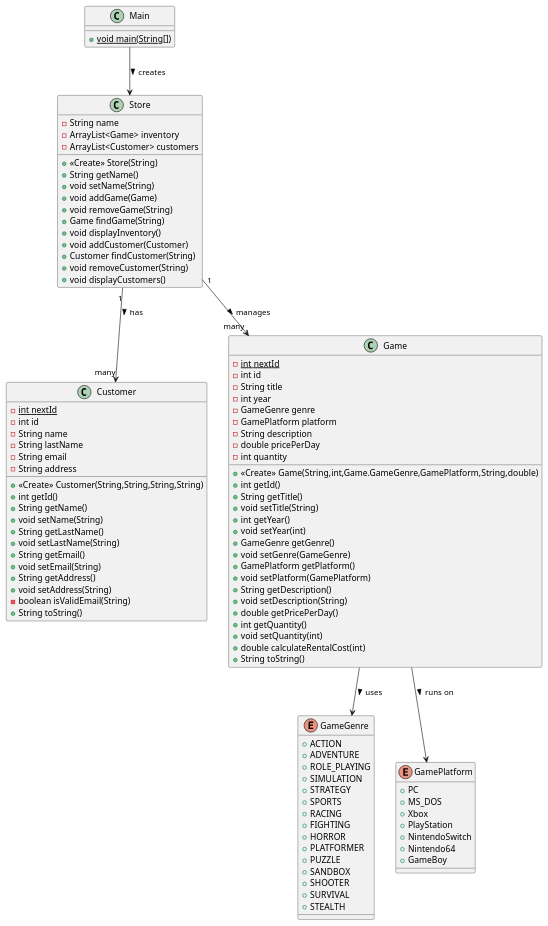
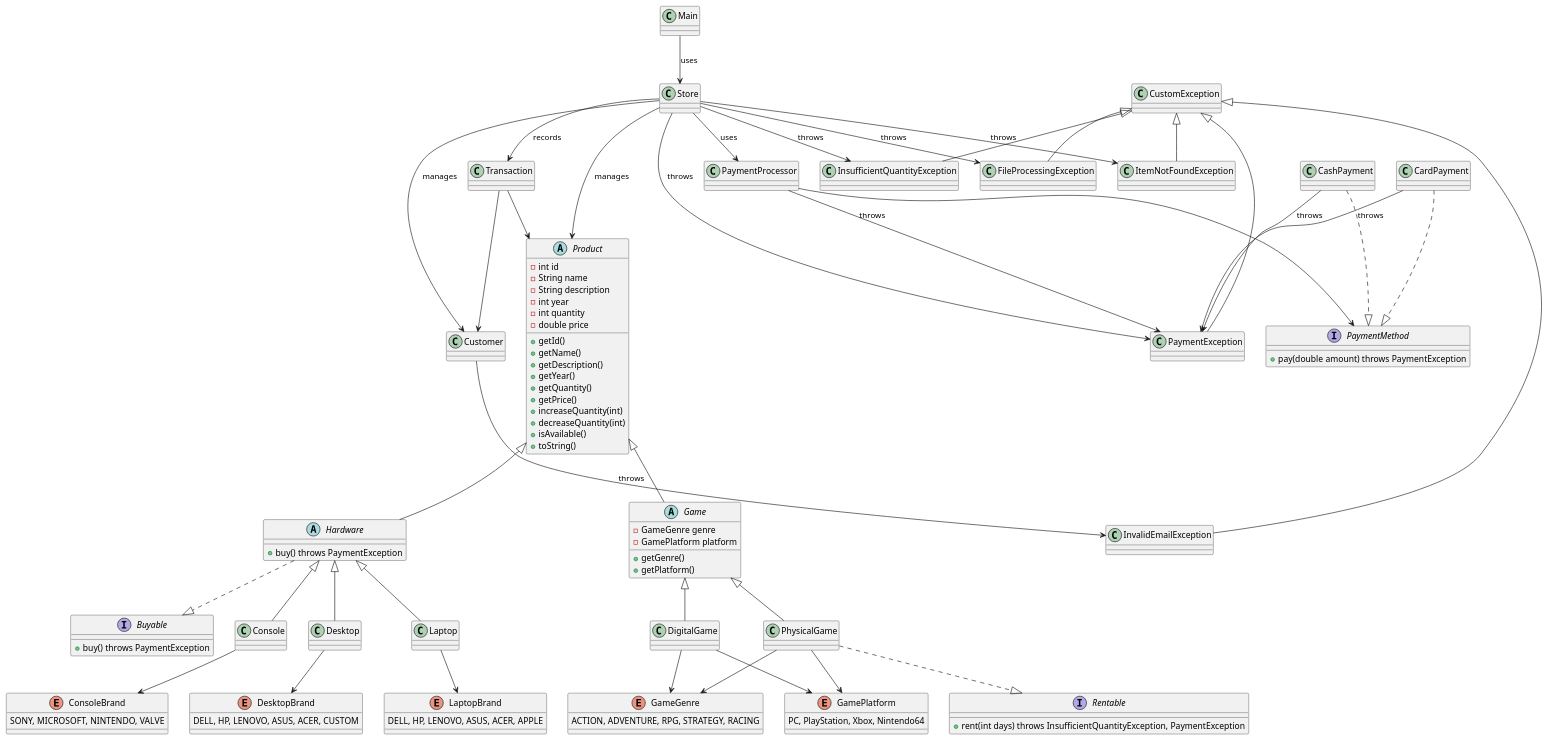
The diagram in documentation/PlayOps.puml (Blevis/PlayOps), drawn with PlantUML before and after one commit. The commit also changed 10 other files, not shown here.

Commit message:
documentation and UML

```diff
--- a/documentation/PlayOps.puml
+++ b/documentation/PlayOps.puml
@@ -1,111 +1,149 @@
 @startuml
-class Customer {
-- {static} int nextId
-- int id
-- String name
-- String lastName
-- String email
-- String address
-+ <<Create>> Customer(String,String,String,String)
-+ int getId()
-+ String getName()
-+ void setName(String)
-+ String getLastName()
-+ void setLastName(String)
-+ String getEmail()
-+ void setEmail(String)
-+ String getAddress()
-+ void setAddress(String)
-- boolean isValidEmail(String)
-+ String toString()
+' ------------------------
+' Abstract Classes
+' ------------------------
+abstract class Product {
+    - int id
+    - String name
+    - String description
+    - int year
+    - int quantity
+    - double price
+    + getId()
+    + getName()
+    + getDescription()
+    + getYear()
+    + getQuantity()
+    + getPrice()
+    + increaseQuantity(int)
+    + decreaseQuantity(int)
+    + isAvailable()
+    + toString()
 }
 
-
-class Main {
-+ {static} void main(String[])
+abstract class Game {
+    - GameGenre genre
+    - GamePlatform platform
+    + getGenre()
+    + getPlatform()
 }
 
-class Store {
-- String name
-- ArrayList<Game> inventory
-- ArrayList<Customer> customers
-+ <<Create>> Store(String)
-+ String getName()
-+ void setName(String)
-+ void addGame(Game)
-+ void removeGame(String)
-+ Game findGame(String)
-+ void displayInventory()
-+ void addCustomer(Customer)
-+ Customer findCustomer(String)
-+ void removeCustomer(String)
-+ void displayCustomers()
+abstract class Hardware {
+    + buy() throws PaymentException
 }
 
-
-class Game {
-- {static} int nextId
-- int id
-- String title
-- int year
-- GameGenre genre
-- GamePlatform platform
-- String description
-- double pricePerDay
-- int quantity
-+ <<Create>> Game(String,int,Game.GameGenre,GamePlatform,String,double)
-+ int getId()
-+ String getTitle()
-+ void setTitle(String)
-+ int getYear()
-+ void setYear(int)
-+ GameGenre getGenre()
-+ void setGenre(GameGenre)
-+ GamePlatform getPlatform()
-+ void setPlatform(GamePlatform)
-+ String getDescription()
-+ void setDescription(String)
-+ double getPricePerDay()
-+ int getQuantity()
-+ void setQuantity(int)
-+ double calculateRentalCost(int)
-+ String toString()
+' ------------------------
+' Interfaces
+' ------------------------
+interface Buyable {
+    + buy() throws PaymentException
 }
 
-
-enum GameGenre {
-+  ACTION
-+  ADVENTURE
-+  ROLE_PLAYING
-+  SIMULATION
-+  STRATEGY
-+  SPORTS
-+  RACING
-+  FIGHTING
-+  HORROR
-+  PLATFORMER
-+  PUZZLE
-+  SANDBOX
-+  SHOOTER
-+  SURVIVAL
-+  STEALTH
+interface Rentable {
+    + rent(int days) throws InsufficientQuantityException, PaymentException
 }
 
-enum GamePlatform {
-+  PC
-+  MS_DOS
-+  Xbox
-+  PlayStation
-+  NintendoSwitch
-+  Nintendo64
-+  GameBoy
+interface PaymentMethod {
+    + pay(double amount) throws PaymentException
 }
 
-Store "1" --> "many" Customer : has >
-Store "1" --> "many" Game : manages >
-Game --> GameGenre : uses >
-Game --> GamePlatform : runs on >
-Main --> Store : creates >
+' ------------------------
+' Enums
+' ------------------------
+enum GameGenre{
+ACTION, ADVENTURE, RPG, STRATEGY, RACING
+}
+enum GamePlatform{
+PC, PlayStation, Xbox, Nintendo64
+}
+enum ConsoleBrand{
+SONY, MICROSOFT, NINTENDO, VALVE
+}
+enum DesktopBrand{
+DELL, HP, LENOVO, ASUS, ACER, CUSTOM
+}
+enum LaptopBrand{
+DELL, HP, LENOVO, ASUS, ACER, APPLE
+}
 
+' ------------------------
+' Exceptions
+' ------------------------
+class CustomException
+class FileProcessingException
+class InsufficientQuantityException
+class ItemNotFoundException
+class PaymentException
+
+' ------------------------
+' Concrete Classes
+' ------------------------
+class DigitalGame
+class PhysicalGame
+class Console
+class Desktop
+class Laptop
+class Customer
+class Transaction
+class Store
+class Main
+
+class CardPayment
+class CashPayment
+class PaymentProcessor
+
+' ------------------------
+' Inheritance / Implementation
+' ------------------------
+Product <|-- Game
+Product <|-- Hardware
+
+Game <|-- DigitalGame
+Game <|-- PhysicalGame
+Hardware <|-- Console
+Hardware <|-- Desktop
+Hardware <|-- Laptop
+
+Hardware ..|> Buyable
+PhysicalGame ..|> Rentable
+CardPayment ..|> PaymentMethod
+CashPayment ..|> PaymentMethod
+
+' ------------------------
+' Dependencies / Uses
+' ------------------------
+Store --> Product : manages
+Store --> Customer : manages
+Store --> Transaction : records
+Store --> PaymentProcessor : uses
+Store --> PaymentException : throws
+Store --> ItemNotFoundException : throws
+Store --> FileProcessingException : throws
+Store --> InsufficientQuantityException : throws
+
+Customer --> InvalidEmailException : throws
+Transaction --> Product
+Transaction --> Customer
+
+DigitalGame --> GameGenre
+DigitalGame --> GamePlatform
+PhysicalGame --> GameGenre
+PhysicalGame --> GamePlatform
+Console --> ConsoleBrand
+Desktop --> DesktopBrand
+Laptop --> LaptopBrand
+
+CardPayment --> PaymentException : throws
+CashPayment --> PaymentException : throws
+PaymentProcessor --> PaymentMethod
+PaymentProcessor --> PaymentException : throws
+
+Main --> Store : uses
+
+CustomException <|-- FileProcessingException
+CustomException <|-- InsufficientQuantityException
+CustomException <|-- ItemNotFoundException
+CustomException <|-- PaymentException
+CustomException <|-- InvalidEmailException
 
 @enduml
```
